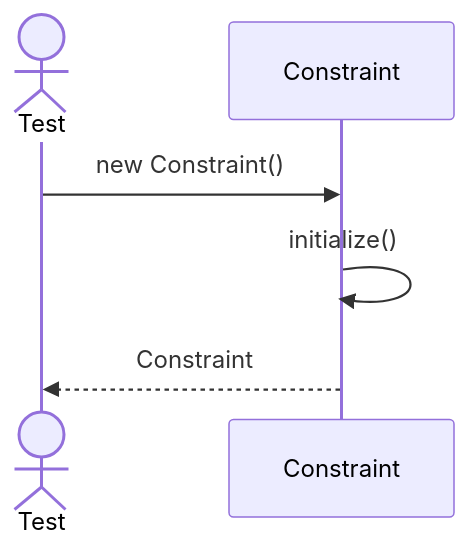
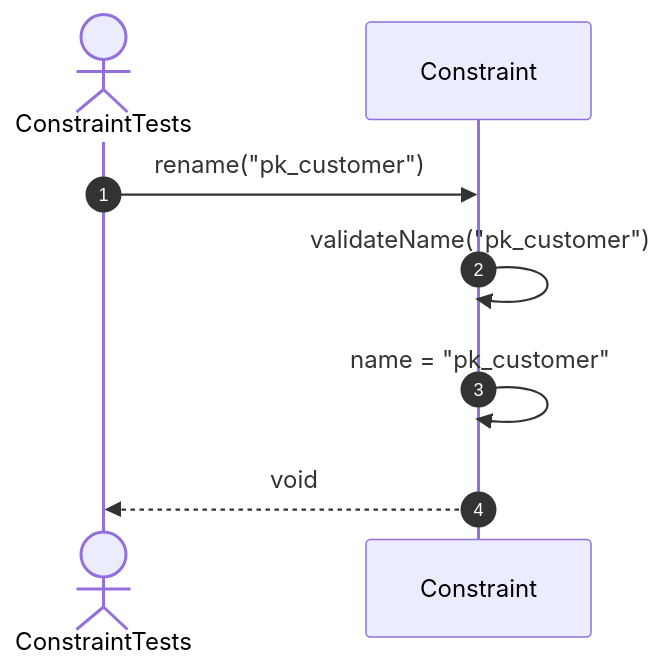
One commit to FhuAnn/-bbv-AN-s-DBMS changed the second of 16 diagrams in src/tests/unit/metadata/sequences/constraint-testing.se.md. Above: the diagram before and after it, drawn with Mermaid. The commit also changed other lines of this file and 60 other files, not shown here.

Commit message:
refactor data table, row, column, constraint, index test file

````diff
--- a/src/tests/unit/metadata/sequences/constraint-testing.se.md
+++ b/src/tests/unit/metadata/sequences/constraint-testing.se.md
@@ -7,11 +24,11 @@
 ```mermaid
 sequenceDiagram
-actor Test
-participant Constraint
+    autonumber
+    actor Test as ConstraintTests
+    participant Constraint as Constraint
 
-Test->>Constraint: new Constraint()
-
-Constraint->>Constraint: initialize()
-
-Constraint-->>Test: Constraint
+    Test->>Constraint: rename("pk_customer")
+    Constraint->>Constraint: validateName("pk_customer")
+    Constraint->>Constraint: name = "pk_customer"
+    Constraint-->>Test: void
 ```
````
